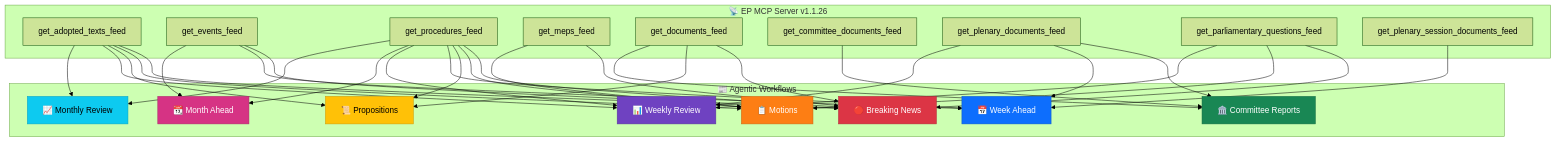
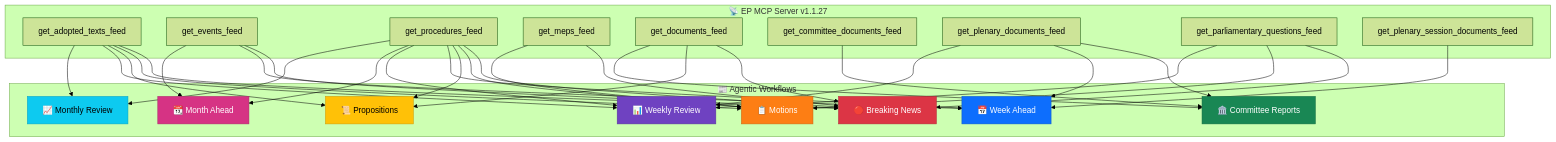
Before and after one commit to Hack23/euparliamentmonitor: the fifth of 7 diagrams in analysis/README.md, drawn with Mermaid (forest theme). The commit also changed other lines of this file and 27 other files, not shown here.

First line of the commit message:
chore: update european-parliament-mcp-server from 1.1.26 to 1.1.27 across all agentic workflows, MCP config, and documentation

````diff
--- a/analysis/README.md
+++ b/analysis/README.md
@@ -497,44 +497,44 @@
 ```mermaid
 flowchart TD
-    subgraph "📡 EP MCP Server v1.1.26"
+    subgraph "📡 EP MCP Server v1.1.27"
         F1["get_adopted_texts_feed"]
         F2["get_events_feed"]
         F3["get_procedures_feed"]
         F4["get_meps_feed"]
         F5["get_documents_feed"]
         F6["get_committee_documents_feed"]
         F7["get_plenary_documents_feed"]
         F8["get_parliamentary_questions_feed"]
         F9["get_plenary_session_documents_feed"]
     end
 
     subgraph "📰 Agentic Workflows"
         W1["🔴 Breaking News"]
         W2["📋 Motions"]
         W3["📜 Propositions"]
         W4["🏛️ Committee Reports"]
         W5["📅 Week Ahead"]
         W6["📊 Weekly Review"]
         W7["📆 Month Ahead"]
         W8["📈 Monthly Review"]
     end
 
     F1 --> W1 & W2 & W3 & W6 & W8
     F2 --> W1 & W5 & W7
     F3 --> W1 & W2 & W3 & W5 & W6 & W7 & W8
     F4 --> W1 & W2
     F5 --> W1 & W3 & W4
     F6 --> W4
     F7 --> W4 & W5 & W6
     F8 --> W1 & W2 & W6
     F9 --> W5
 
     style W1 fill:#dc3545,stroke:#b02a37,color:#fff
     style W2 fill:#fd7e14,stroke:#ca6510,color:#fff
     style W3 fill:#ffc107,stroke:#cc9a06,color:#000
     style W4 fill:#198754,stroke:#146c43,color:#fff
     style W5 fill:#0d6efd,stroke:#0a58ca,color:#fff
     style W6 fill:#6f42c1,stroke:#59359a,color:#fff
     style W7 fill:#d63384,stroke:#ab296a,color:#fff
     style W8 fill:#0dcaf0,stroke:#0aa2c0,color:#000
 ```
````
